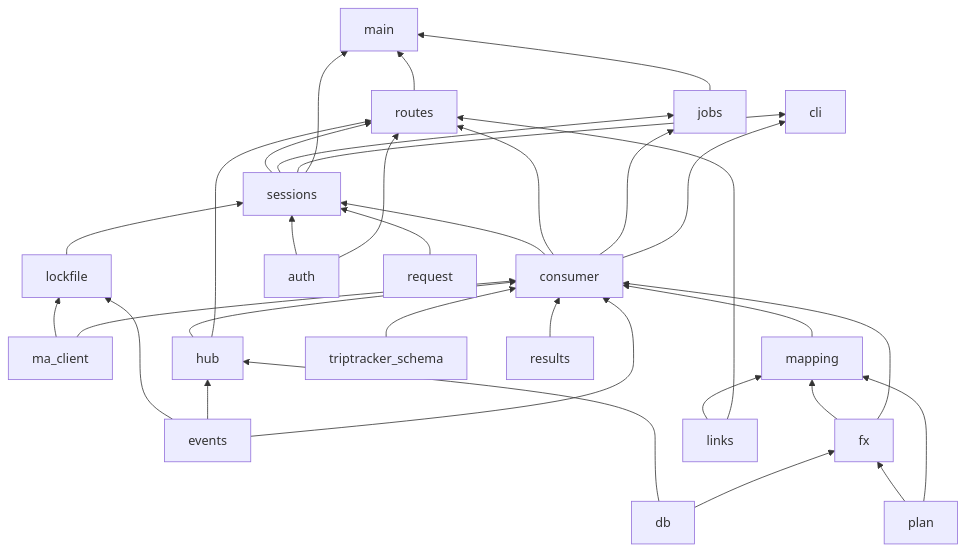
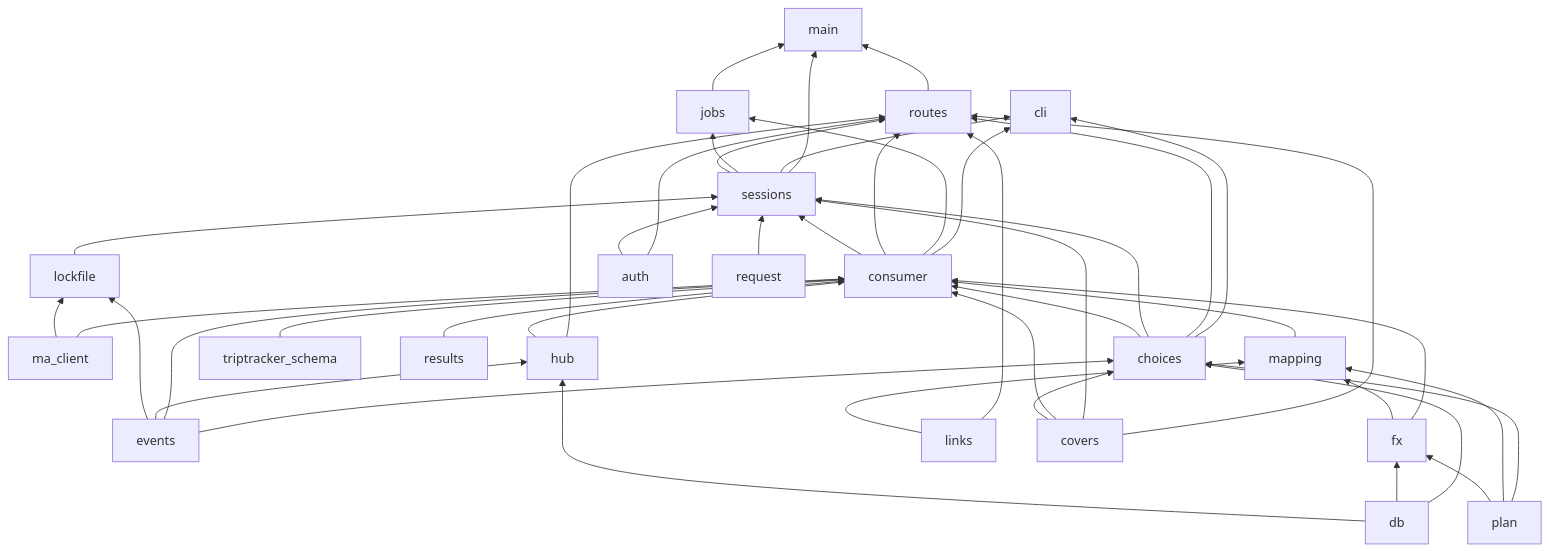
The diagram in docs/backend-interfaces.md (MicheleBellitti/trip-planner), drawn with Mermaid before and after one commit. The commit also changed other lines of this file and 1 other file, not shown here.

Commit message:
docs: the scenario count, the ask_traveller pointer and choices in the import graph

````diff
--- a/docs/backend-interfaces.md
+++ b/docs/backend-interfaces.md
@@ -113,35 +115,46 @@
 ```mermaid
 graph BT
   ma_client --> lockfile
   events --> lockfile
   events --> hub
   db --> hub
   db --> fx
   plan --> fx
   plan --> mapping
   fx --> mapping
   links --> mapping
   ma_client --> consumer
   hub --> consumer
   fx --> consumer
   triptracker_schema --> consumer
   mapping --> consumer
   events --> consumer
   results --> consumer
+  covers --> choices
+  db --> choices
+  events --> choices
+  plan --> choices
+  choices --> consumer
+  covers --> consumer
+  choices --> sessions
+  covers --> sessions
+  choices --> routes
+  covers --> routes
+  choices --> cli
   consumer --> sessions
   lockfile --> sessions
   auth --> sessions
   request --> sessions
   sessions --> routes
   consumer --> routes
   auth --> routes
   hub --> routes
   links --> routes
   sessions --> jobs
   consumer --> jobs
   sessions --> cli
   consumer --> cli
   routes --> main
   sessions --> main
   jobs --> main
 ```
````
